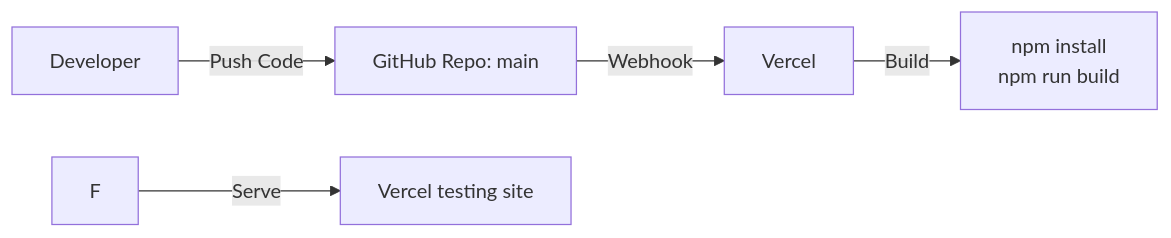
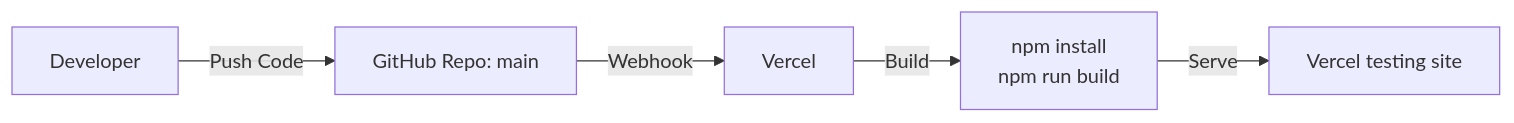
Before and after one commit to dedied/project-docs: the seventh of 8 diagrams in fittrack-pro/architecture.md, drawn with Mermaid. The commit also changed other lines of this file, not shown here.

Commit message:
mermaid fix

````diff
--- a/fittrack-pro/architecture.md
+++ b/fittrack-pro/architecture.md
@@ -211,7 +211,7 @@
 ```mermaid
 graph LR
     A["Developer"] -->|Push Code| B["GitHub Repo: main"]
     B -->|Webhook| C["Vercel"]
     C -->|Build| D["npm install<br/>npm run build"]
-    F -->|Serve| G["Vercel testing site"]
+    D -->|Serve| E["Vercel testing site"]
 ```
````
